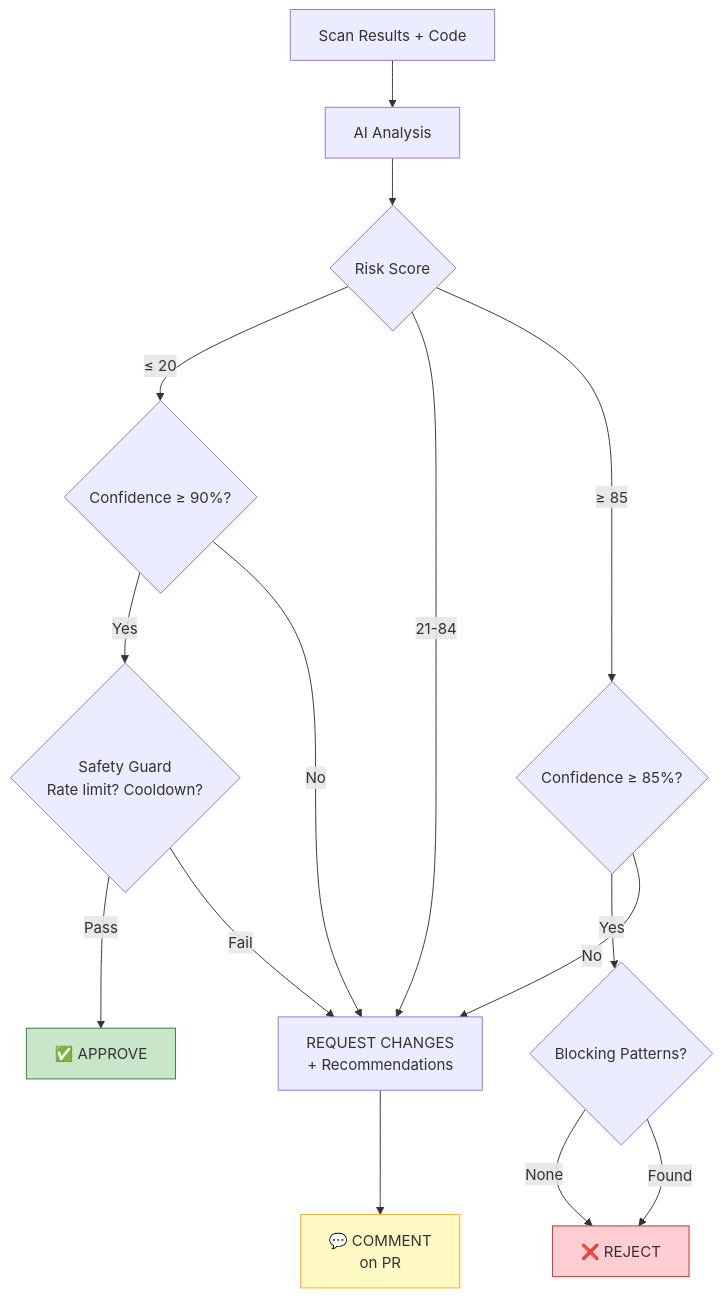
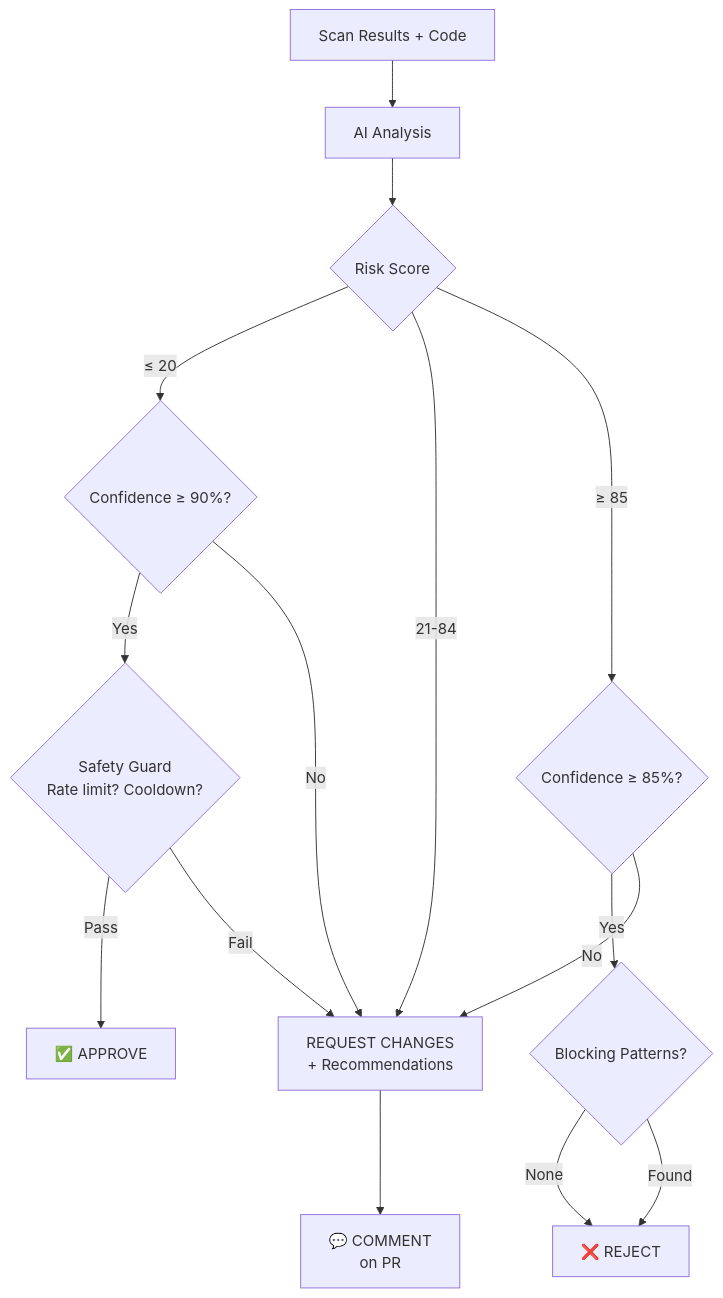
Before and after one commit to thothforge/thothctl: the third of 6 diagrams in docs/framework/commands/ai-review/README.md, drawn with Mermaid. The commit also changed other lines of this file and 3 other files, not shown here.

Commit message:
fix: mermaid diagrams readability on dark theme

````diff
--- a/docs/framework/commands/ai-review/README.md
+++ b/docs/framework/commands/ai-review/README.md
@@ -95,26 +91,24 @@
 ```mermaid
 flowchart TD
     A["Scan Results + Code"] --> B["AI Analysis"]
     B --> C{"Risk Score"}
     C -->|"≤ 20"| D{"Confidence ≥ 90%?"}
     C -->|"21-84"| H["REQUEST CHANGES<br/>+ Recommendations"]
     C -->|"≥ 85"| E{"Confidence ≥ 85%?"}
 
     D -->|Yes| F{"Safety Guard<br/>Rate limit? Cooldown?"}
     D -->|No| H
 
     E -->|Yes| G{"Blocking Patterns?"}
     E -->|No| H
 
     F -->|Pass| APPROVE["✅ APPROVE"]
     F -->|Fail| H
 
     G -->|None| REJECT["❌ REJECT"]
     G -->|Found| REJECT
 
     H --> COMMENT["💬 COMMENT<br/>on PR"]
 
-    style APPROVE fill:#c8e6c9,stroke:#2e7d32
-    style REJECT fill:#ffcdd2,stroke:#c62828
-    style COMMENT fill:#fff9c4,stroke:#f9a825
+
 ```
````
